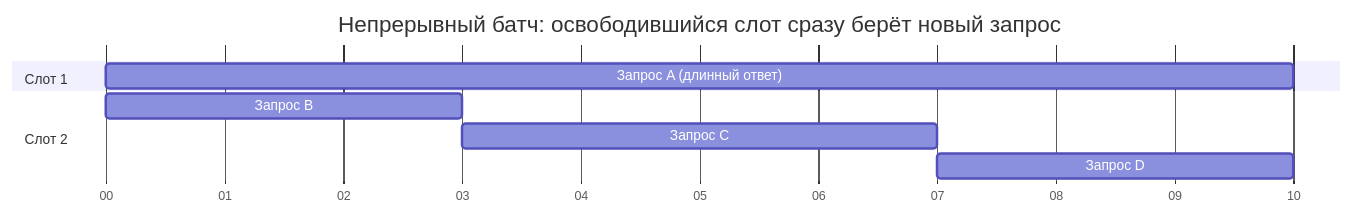
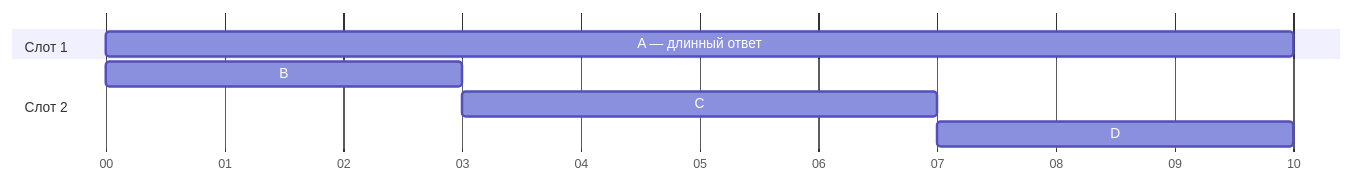
The second of 2 diagrams in 08-batching-vllm.md (luckystrker/local-llm-inference-book), drawn with Mermaid before and after one commit. The commit also changed other lines of this file and 2 other files, not shown here.

First line of the commit message:
Главы 08–10: схемы Mermaid под узкий экран

````diff
--- a/08-batching-vllm.md
+++ b/08-batching-vllm.md
@@ -104,12 +107,11 @@
 ```mermaid
 gantt
-    title Непрерывный батч: освободившийся слот сразу берёт новый запрос
     dateFormat ss
     axisFormat %S
     section Слот 1
-    Запрос A (длинный ответ)   :t6, 00, 10
+    A — длинный ответ :t6, 00, 10
     section Слот 2
-    Запрос B                    :t8, 00, 03
-    Запрос C                    :t9, 03, 07
-    Запрос D                    :t7, 07, 10
+    B                 :t8, 00, 03
+    C                 :t9, 03, 07
+    D                 :t7, 07, 10
 ```
````
